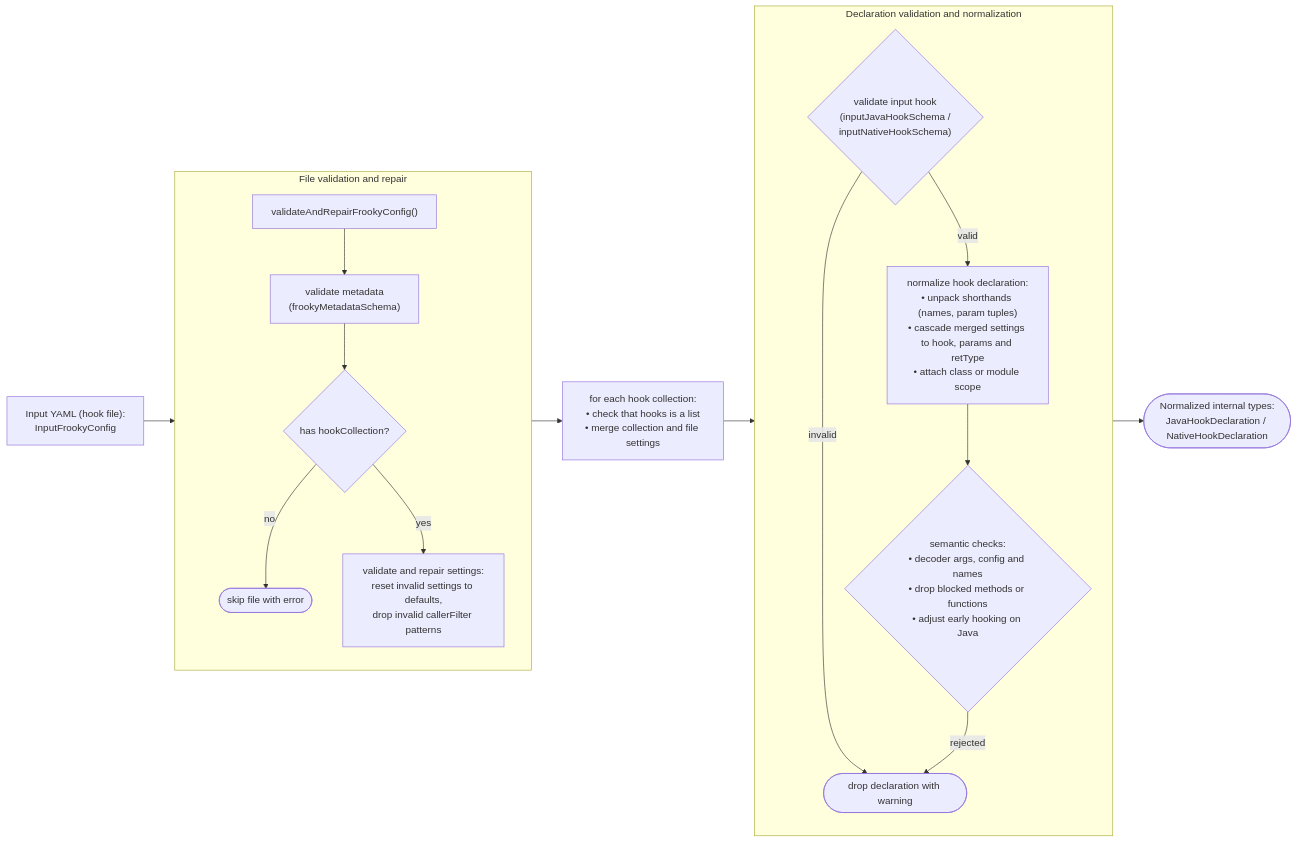
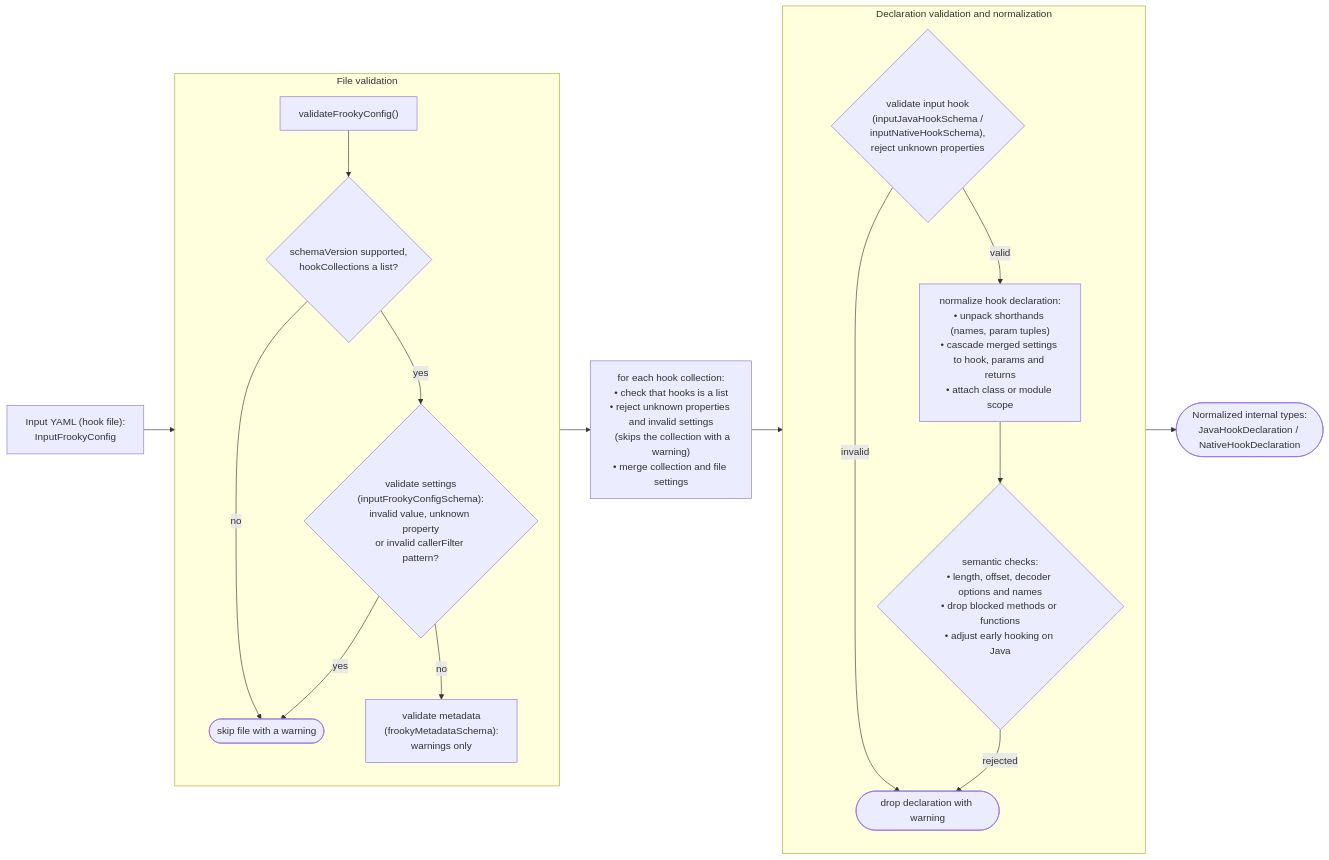
One commit to bernhste/frooky changed the second of 13 diagrams in docs/under-the-hood.md. Above: the diagram before and after it, drawn with Mermaid. The commit also changed other lines of this file and 155 other files, not shown here.

````diff
--- a/docs/under-the-hood.md
+++ b/docs/under-the-hood.md
@@ -114,27 +114,28 @@
 ```mermaid
 flowchart LR
     yaml["Input YAML (hook file):<br/>InputFrookyConfig"]
 
-    subgraph file["File validation and repair"]
+    subgraph file["File validation"]
         direction TB
-        vcfg["validateAndRepairFrookyConfig()"] --> vmeta["validate metadata<br/>(frookyMetadataSchema)"]
-        vmeta --> hasColl{"has hookCollection?"}
-        hasColl -->|no| skip(["skip file with error"])
-        hasColl -->|yes| vsettings["validate and repair settings:<br/>reset invalid settings to defaults,<br/>drop invalid callerFilter patterns"]
+        vcfg["validateFrookyConfig()"] --> hasColl{"schemaVersion supported,<br/>hookCollections a list?"}
+        hasColl -->|no| skip(["skip file with a warning"])
+        hasColl -->|yes| vsettings{"validate settings<br/>(inputFrookyConfigSchema):<br/>invalid value, unknown property<br/>or invalid callerFilter pattern?"}
+        vsettings -->|yes| skip
+        vsettings -->|no| vmeta["validate metadata<br/>(frookyMetadataSchema):<br/>warnings only"]
     end
 
-    coll["for each hook collection:<br/>• check that hooks is a list<br/>• merge collection and file settings"]
+    coll["for each hook collection:<br/>• check that hooks is a list<br/>• reject unknown properties and invalid settings<br/>&nbsp;&nbsp;(skips the collection with a warning)<br/>• merge collection and file settings"]
 
     subgraph decl["Declaration validation and normalization"]
         direction TB
-        vhook{"validate input hook<br/>(inputJavaHookSchema /<br/>inputNativeHookSchema)"}
+        vhook{"validate input hook<br/>(inputJavaHookSchema /<br/>inputNativeHookSchema),<br/>reject unknown properties"}
         vhook -->|invalid| drop(["drop declaration with warning"])
-        vhook -->|valid| norm["normalize hook declaration:<br/>• unpack shorthands (names, param tuples)<br/>• cascade merged settings to hook, params and retType<br/>• attach class or module scope"]
-        norm --> sem{"semantic checks:<br/>• decoder args, config and names<br/>• drop blocked methods or functions<br/>• adjust early hooking on Java"}
+        vhook -->|valid| norm["normalize hook declaration:<br/>• unpack shorthands (names, param tuples)<br/>• cascade merged settings to hook, params and returns<br/>• attach class or module scope"]
+        norm --> sem{"semantic checks:<br/>• length, offset, decoder options and names<br/>• drop blocked methods or functions<br/>• adjust early hooking on Java"}
         sem -->|rejected| drop
     end
 
     normHook(["Normalized internal types:<br/>JavaHookDeclaration / NativeHookDeclaration"])
 
     yaml --> file --> coll --> decl --> normHook
 ```
````
